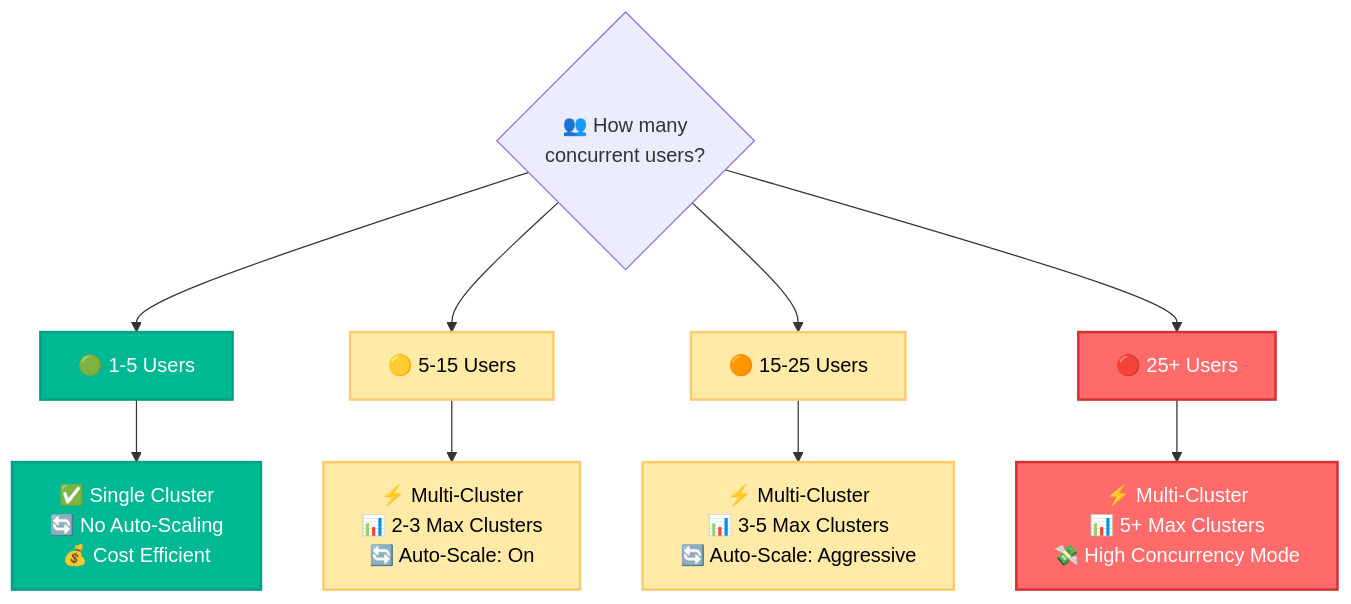
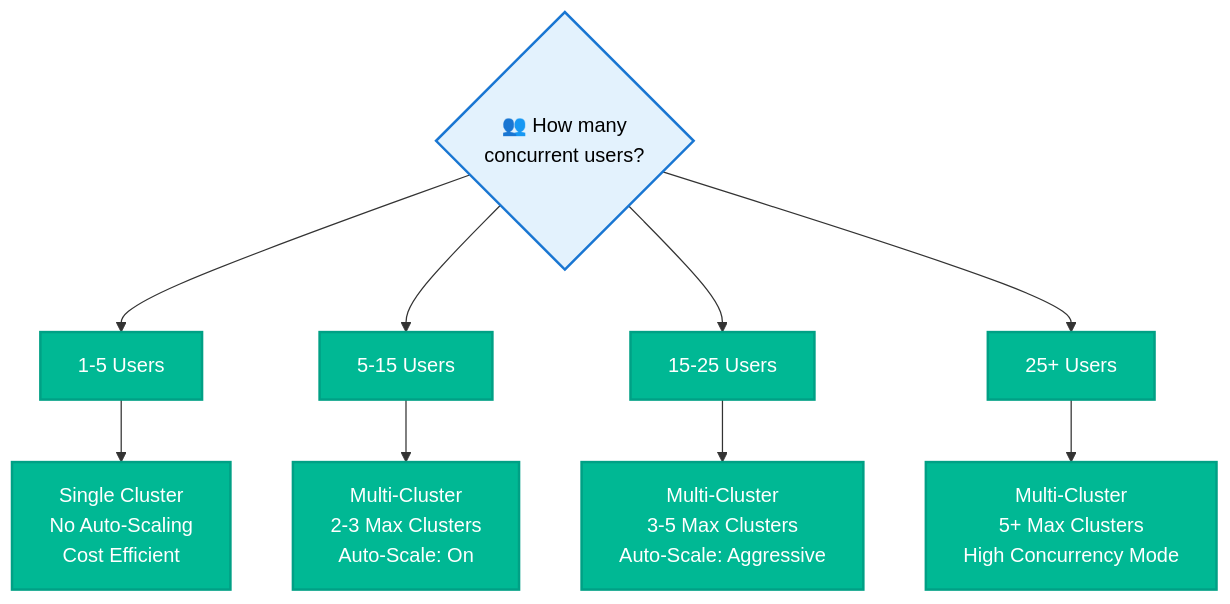
Before and after one commit to sfc-gh-mhindi/REPO_CBA: the ninth of 9 diagrams in WH Analysis/FRAUMD_Warehouse_Analysis_Guide.md, drawn with Mermaid. The commit also changed other lines of this file, not shown here.

First line of the commit message:
Fixed Warehouse Selection Decision Tree: added missing branches and standardized colors

````diff
--- a/WH Analysis/FRAUMD_Warehouse_Analysis_Guide.md
+++ b/WH Analysis/FRAUMD_Warehouse_Analysis_Guide.md
@@ -618,20 +632,18 @@
 ```mermaid
 flowchart TD
-    Users{👥 How many<br/>concurrent users?} --> Few[🟢 1-5 Users]
-    Users --> Medium[🟡 5-15 Users]
-    Users --> Many[🟠 15-25 Users]
-    Users --> VeryMany[🔴 25+ Users]
+    Users{👥 How many<br/>concurrent users?} --> Few[1-5 Users]
+    Users --> Medium[5-15 Users]
+    Users --> Many[15-25 Users]
+    Users --> VeryMany[25+ Users]
     
-    Few --> SingleCluster[✅ Single Cluster<br/>🔄 No Auto-Scaling<br/>💰 Cost Efficient]
-    Medium --> MultiCluster2[⚡ Multi-Cluster<br/>📊 2-3 Max Clusters<br/>🔄 Auto-Scale: On]
-    Many --> MultiCluster3[⚡ Multi-Cluster<br/>📊 3-5 Max Clusters<br/>🔄 Auto-Scale: Aggressive]
-    VeryMany --> MultiCluster5[⚡ Multi-Cluster<br/>📊 5+ Max Clusters<br/>💸 High Concurrency Mode]
+    Few --> SingleCluster[Single Cluster<br/>No Auto-Scaling<br/>Cost Efficient]
+    Medium --> MultiCluster2[Multi-Cluster<br/>2-3 Max Clusters<br/>Auto-Scale: On]
+    Many --> MultiCluster3[Multi-Cluster<br/>3-5 Max Clusters<br/>Auto-Scale: Aggressive]
+    VeryMany --> MultiCluster5[Multi-Cluster<br/>5+ Max Clusters<br/>High Concurrency Mode]
     
-    classDef lowConcurrency fill:#00b894,stroke:#00a085,stroke-width:2px,color:#fff
-    classDef medConcurrency fill:#ffeaa7,stroke:#fdcb6e,stroke-width:2px,color:#000
-    classDef highConcurrency fill:#ff6b6b,stroke:#d63031,stroke-width:2px,color:#fff
+    classDef decisionNode fill:#e3f2fd,stroke:#1976d2,stroke-width:2px,color:#000
+    classDef leafNode fill:#00b894,stroke:#00a085,stroke-width:2px,color:#fff
     
-    class Few,SingleCluster lowConcurrency
-    class Medium,Many,MultiCluster2,MultiCluster3 medConcurrency
-    class VeryMany,MultiCluster5 highConcurrency
+    class Users decisionNode
+    class Few,Medium,Many,VeryMany,SingleCluster,MultiCluster2,MultiCluster3,MultiCluster5 leafNode
 ```
````
